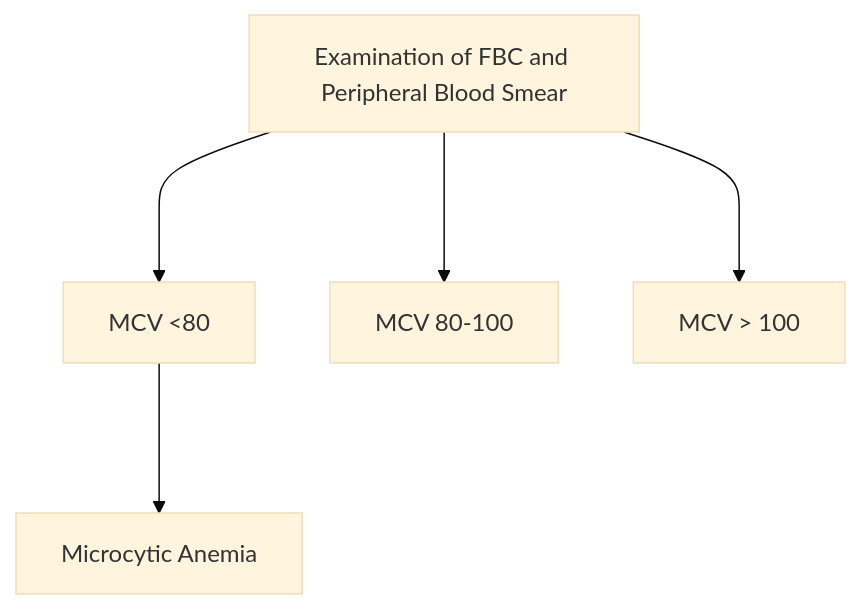
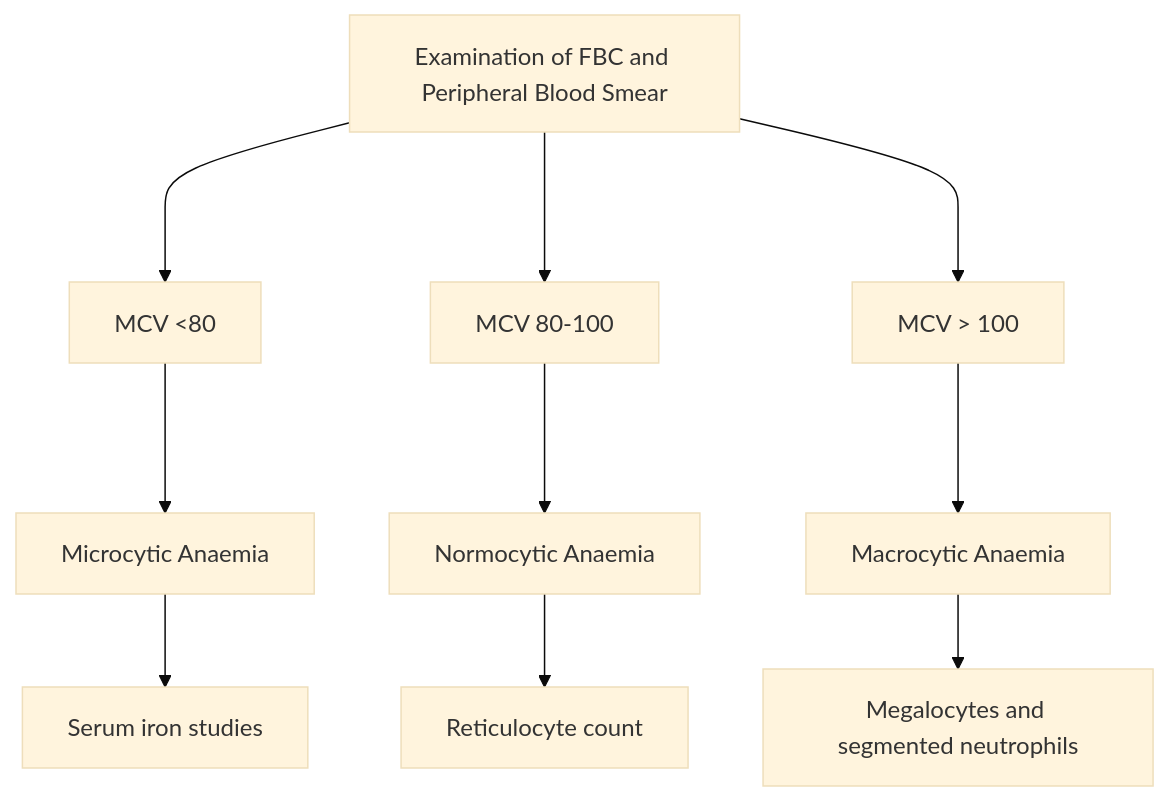
Before and after one commit to Ahsome/NIMA-Notes: the diagram in Med Notes/Diseases/Haem/Anaemia.md, drawn with Mermaid (base theme).

Commit message:
vault backup: 2023-05-12 15:43:06
Affected files:
Med Notes/Diseases/Haem/Anaemia.md

````diff
--- a/Med Notes/Diseases/Haem/Anaemia.md
+++ b/Med Notes/Diseases/Haem/Anaemia.md
@@ -14,10 +14,20 @@
 ```mermaid
 flowchart TB
 1[Examination of FBC and Peripheral Blood Smear]--->2[MCV <80]
 1---> 3[MCV 80-100]
 1--->4[MCV > 100]
 
-2 ---> 21[Microcytic Anemia]
+2 ---> 21[Microcytic Anaemia]
+3 ---> 31[Normocytic Anaemia]
+4 ---> 41[Macrocytic Anaemia]
 
-class 2 internal-link
+21 --> 211[Serum iron studies]
+31 --> 311[Reticulocyte count]
+41 --> 411[Megalocytes and segmented neutrophils]
+
+class 21 internal-link
+class 31 internal-link
+class 41internal link
+
+style 1 fill #b8e1e1
 ```
````
